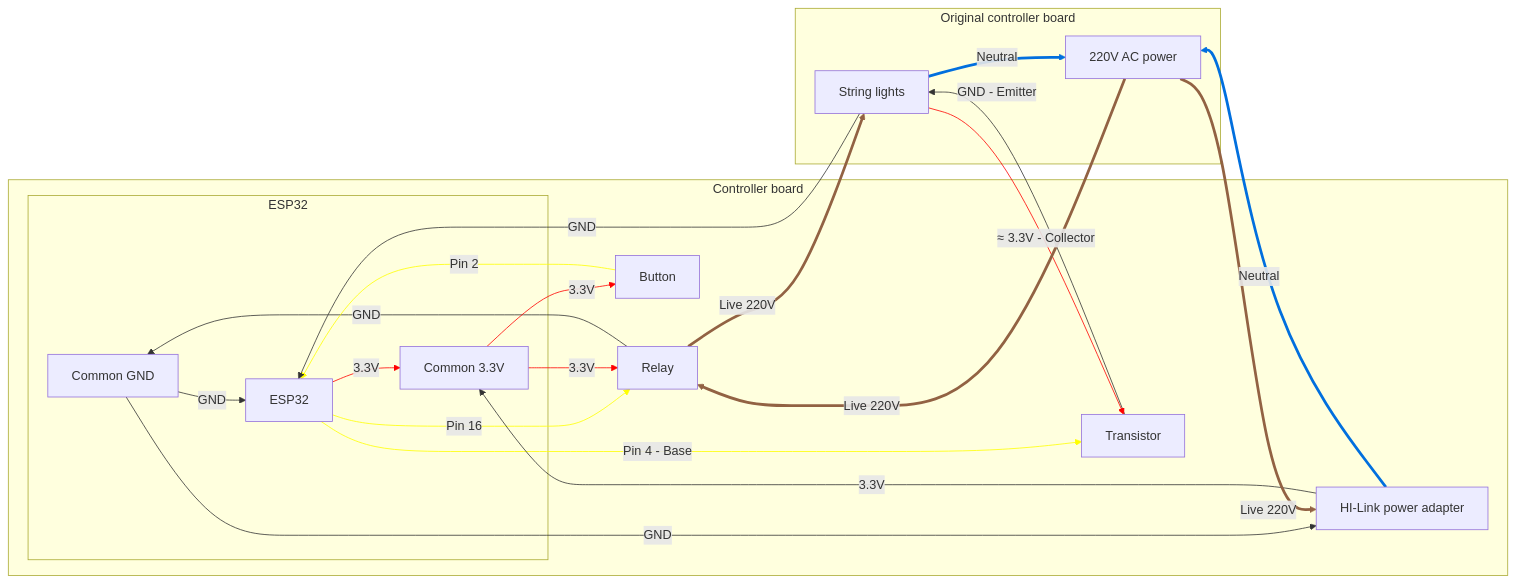
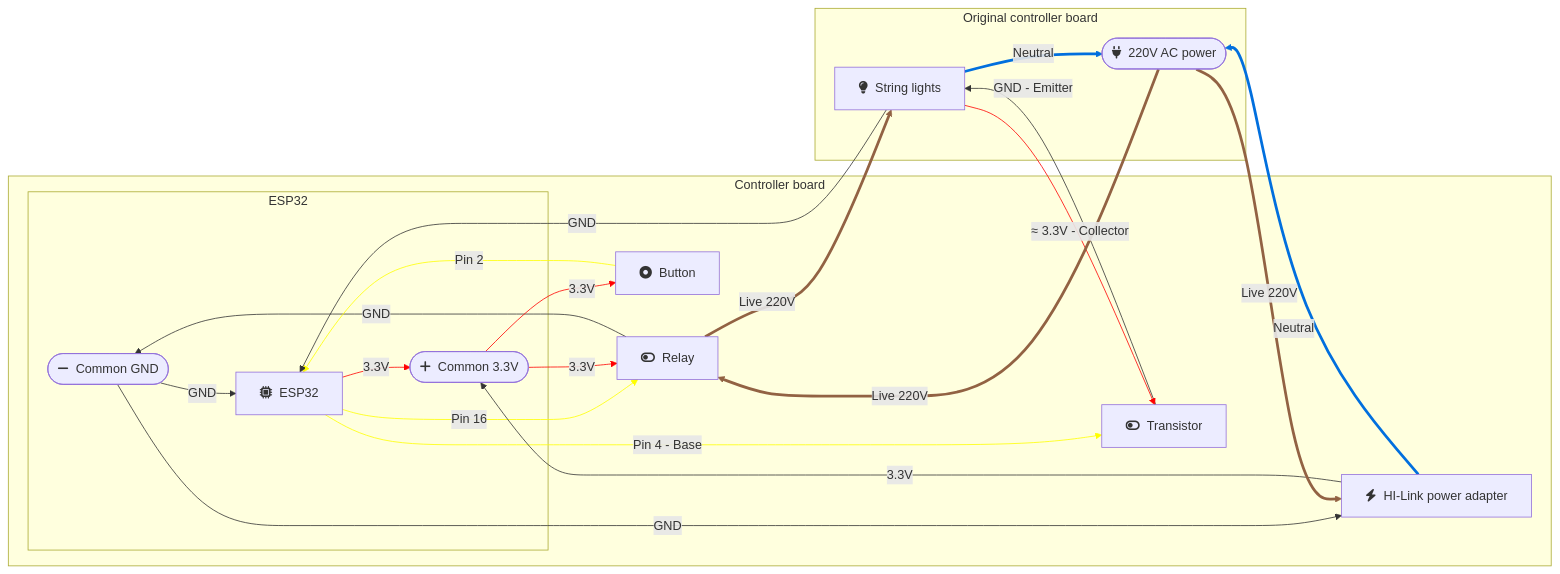
One commit to BSoDium/esp-string-lights changed the diagram in README.md. Above: the diagram before and after it, drawn with Mermaid.

Commit message:
docs: enhance wiring diagram in README with font-awesome icons for better visualization

````diff
--- a/README.md
+++ b/README.md
@@ -23,43 +23,43 @@
 ```mermaid
 graph LR
     subgraph Controller board
       subgraph ESP32
-        H[Common GND] -->|GND| A[ESP32]
-        A -->|3.3V| I[Common 3.3V]
+        H([fa:fa-minus &nbsp;Common GND]) -->|GND| A[fa:fa-microchip &nbsp;ESP32]
+        A -->|3.3V| I([fa:fa-plus &nbsp;Common 3.3V])
       end
 
-      A -->|Pin 16| B[Relay]
+      A -->|Pin 16| B[fa:fa-toggle-off &nbsp;Relay]
       B -->|GND| H
       I -->|3.3V| B
-      C[Button] -->|Pin 2| A
+      C[fa:fa-circle-dot &nbsp;Button] -->|Pin 2| A
       I -->|3.3V| C
-      A -->|Pin 4 - Base| D[Transistor]
-      G[HI-Link power adapter] -->|3.3V| I
+      A -->|Pin 4 - Base| D[fa:fa-toggle-off &nbsp;Transistor]
+      G[fa:fa-bolt &nbsp;HI-Link power adapter] -->|3.3V| I
       H -->|GND| G
     end
 
     subgraph Original controller board
-      D -->|GND - Emitter| E[String lights]
+      D -->|GND - Emitter| E[fa:fa-lightbulb &nbsp;String lights]
       E -->|≈ 3.3V - Collector| D
       E -->|GND| A
 
-      F[220V AC power] ==>|Live 220V| B
+      F([fa:fa-plug &nbsp;220V AC power]) ==>|Live 220V| B
       B ==>|Live 220V| E
       E ==>|Neutral| F
       F ==>|Live 220V| G
       G ==>|Neutral| F
     end
 
     linkStyle 1 stroke: red
     linkStyle 2 stroke: yellow
     linkStyle 4 stroke: red
     linkStyle 5 stroke: yellow
     linkStyle 6 stroke: red
     linkStyle 7 stroke: yellow
     linkStyle 11 stroke: red
     linkStyle 13 stroke: #926243
     linkStyle 14 stroke: #926243
     linkStyle 15 stroke: #016FDE
     linkStyle 16 stroke: #926243
     linkStyle 17 stroke: #016FDE
 ```
````
